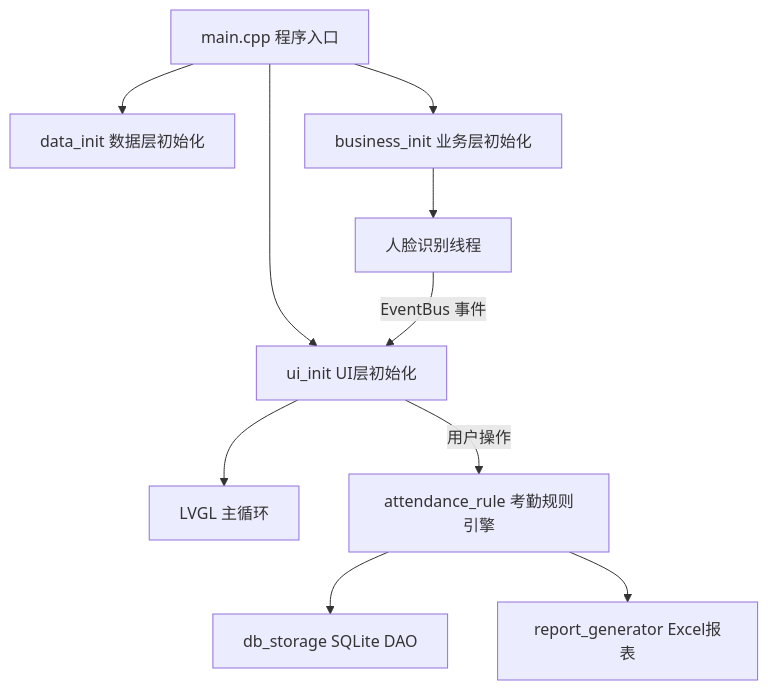
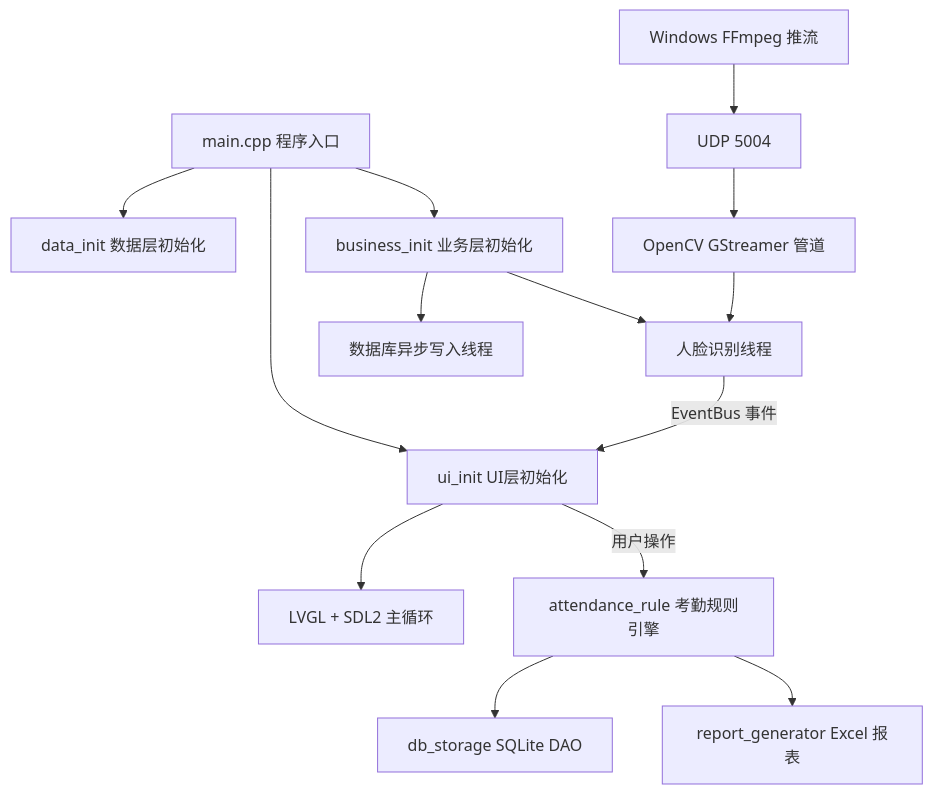
The diagram in README.md (Drunk552/SmartAttendance), drawn with Mermaid before and after one commit. The commit also changed other lines of this file, not shown here.

````diff
--- a/README.md
+++ b/README.md
@@ -196,14 +329,19 @@
 ```mermaid
 graph TD
     A[main.cpp 程序入口] --> B[data_init 数据层初始化]
     A --> C[ui_init UI层初始化]
     A --> D[business_init 业务层初始化]
-    
-    C --> E[LVGL 主循环]
+
+    C --> E[LVGL + SDL2 主循环]
     D --> F[人脸识别线程]
-    
+    D --> K[数据库异步写入线程]
+
+    J[Windows FFmpeg 推流] --> L[UDP 5004]
+    L --> M[OpenCV GStreamer 管道]
+    M --> F
+
     F -->|EventBus 事件| C
     C -->|用户操作| G[attendance_rule 考勤规则引擎]
     G --> H[db_storage SQLite DAO]
-    G --> I[report_generator Excel报表]
+    G --> I[report_generator Excel 报表]
 ```
````
